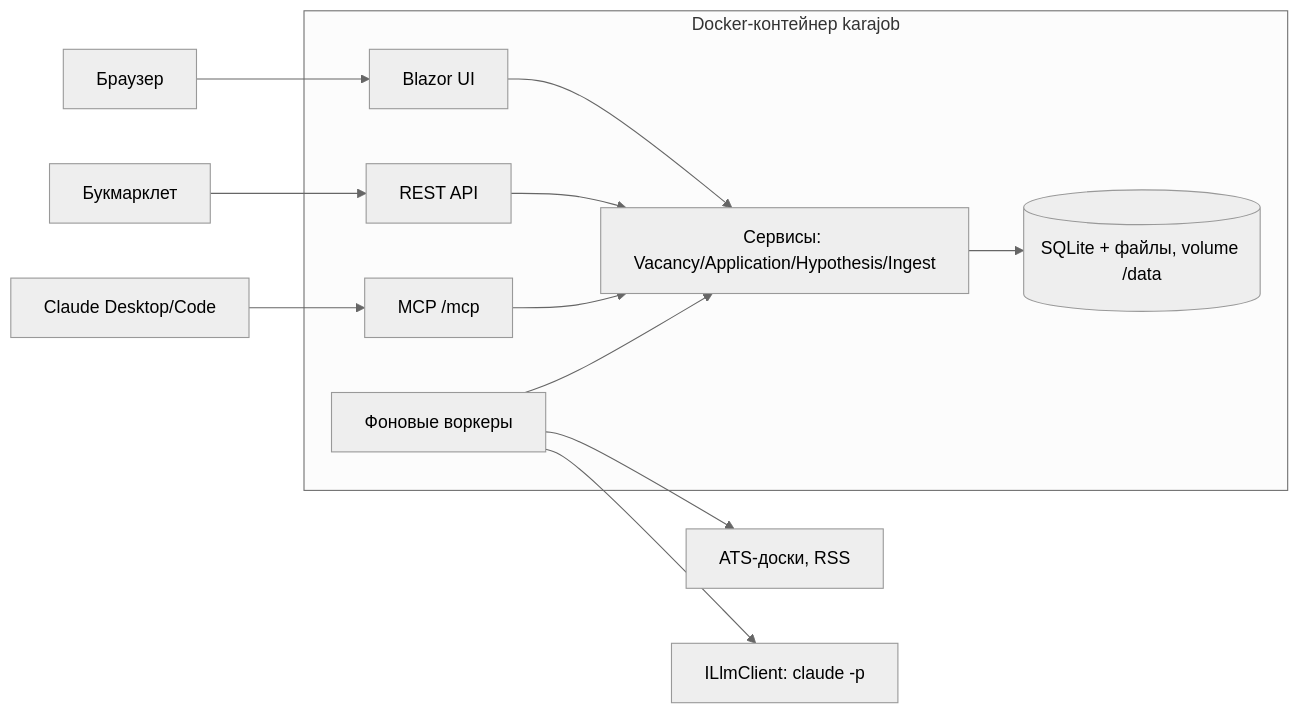
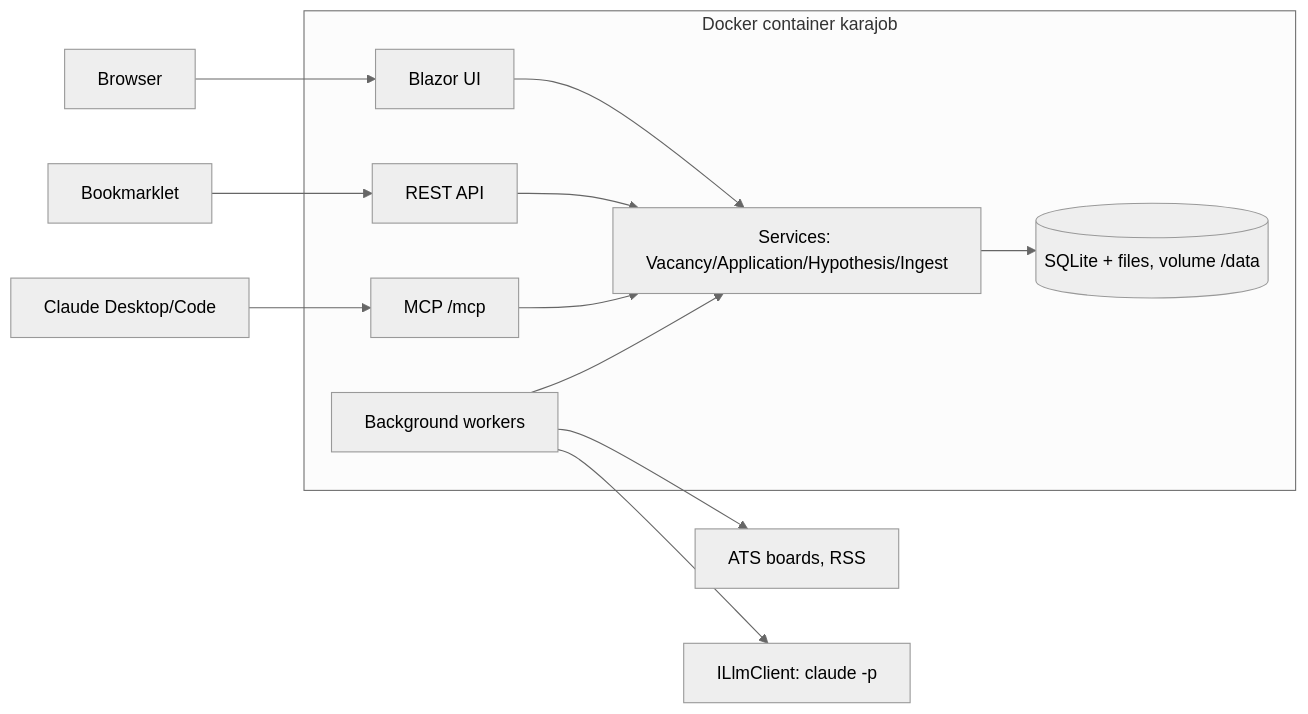
Before and after one commit to Karabaev/karajob: the diagram in docs/design.md, drawn with Mermaid (neutral theme). The commit also changed other lines of this file, not shown here.

````diff
--- a/docs/design.md
+++ b/docs/design.md
@@ -211,15 +211,15 @@
 ```mermaid
 flowchart LR
-  Browser[Браузер] --> UI[Blazor UI]
-  Bookmarklet[Букмарклет] --> REST[REST API]
+  Browser[Browser] --> UI[Blazor UI]
+  Bookmarklet[Bookmarklet] --> REST[REST API]
   Claude[Claude Desktop/Code] --> MCP[MCP /mcp]
-  subgraph Docker[Docker-контейнер karajob]
-    UI --> S[Сервисы: Vacancy/Application/Hypothesis/Ingest]
+  subgraph Docker[Docker container karajob]
+    UI --> S[Services: Vacancy/Application/Hypothesis/Ingest]
     REST --> S
     MCP --> S
-    S --> DB[(SQLite + файлы, volume /data)]
-    W[Фоновые воркеры] --> S
+    S --> DB[(SQLite + files, volume /data)]
+    W[Background workers] --> S
   end
-  W --> Src[ATS-доски, RSS]
+  W --> Src[ATS boards, RSS]
   W --> LLM[ILlmClient: claude -p]
 ```
````
